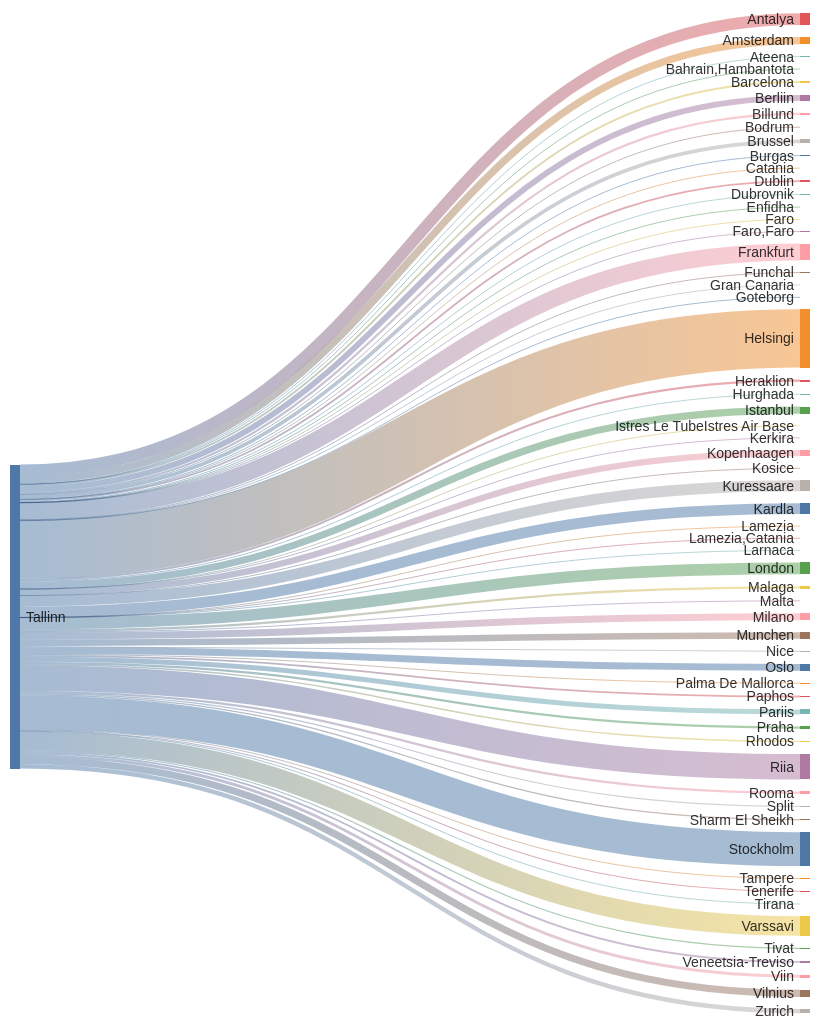
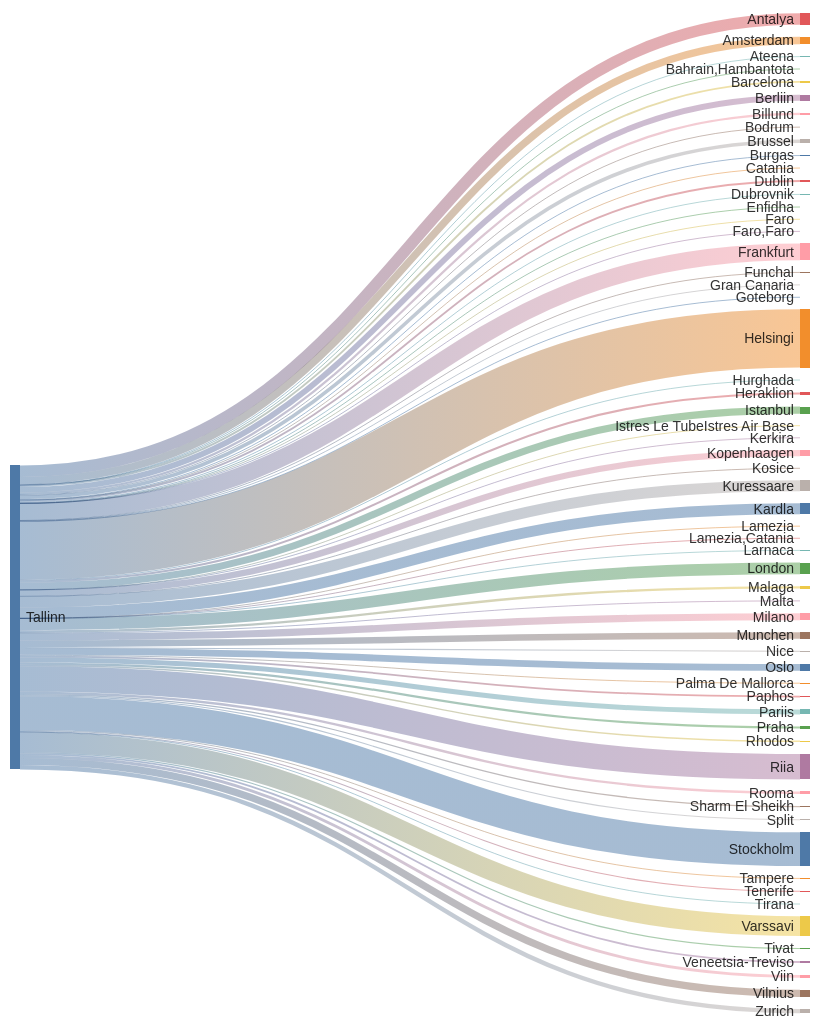
One commit to rainermesi/tll-airport-departures changed the second of 2 diagrams in README.md. Above: the diagram before and after it, drawn with Mermaid. The commit also changed other lines of this file, not shown here.

````diff
--- a/README.md
+++ b/README.md
@@ -34,72 +34,72 @@
 ```mermaid
 ---
 config:
   sankey:
     showValues: false
     width: 800
     height: 1000
 ---
 sankey-beta
 %% source,target,value
-Tallinn,Amsterdam,162
+Tallinn,Amsterdam,163
 Tallinn,Antalya,254
 Tallinn,Ateena,16
 Tallinn,"Bahrain,Hambantota",1
 Tallinn,Barcelona,41
 Tallinn,Berliin,128
 Tallinn,Billund,49
 Tallinn,Bodrum,11
-Tallinn,Brussel,80
+Tallinn,Brussel,81
 Tallinn,Burgas,21
 Tallinn,Catania,2
 Tallinn,Dublin,40
 Tallinn,Dubrovnik,21
 Tallinn,Enfidha,7
 Tallinn,Faro,4
 Tallinn,"Faro,Faro",1
-Tallinn,Frankfurt,371
+Tallinn,Frankfurt,373
 Tallinn,Funchal,5
-Tallinn,Gran Canaria,15
+Tallinn,Gran Canaria,16
 Tallinn,Goteborg,1
-Tallinn,Helsingi,1277
+Tallinn,Helsingi,1286
 Tallinn,Heraklion,46
 Tallinn,Hurghada,21
-Tallinn,Istanbul,155
+Tallinn,Istanbul,156
 Tallinn,Istres Le TubeIstres Air Base,2
 Tallinn,Kerkira,4
-Tallinn,Kopenhaagen,139
+Tallinn,Kopenhaagen,140
 Tallinn,Kosice,1
-Tallinn,Kuressaare,239
-Tallinn,Kardla,239
+Tallinn,Kuressaare,241
+Tallinn,Kardla,241
 Tallinn,Lamezia,1
 Tallinn,"Lamezia,Catania",3
 Tallinn,Larnaca,4
-Tallinn,London,256
+Tallinn,London,258
 Tallinn,Malaga,52
 Tallinn,Malta,15
-Tallinn,Milano,155
-Tallinn,Munchen,143
+Tallinn,Milano,156
+Tallinn,Munchen,144
 Tallinn,Nice,25
-Tallinn,Oslo,150
+Tallinn,Oslo,151
 Tallinn,Palma De Mallorca,19
 Tallinn,Paphos,39
 Tallinn,Pariis,110
 Tallinn,Praha,49
 Tallinn,Rhodos,32
-Tallinn,Riia,557
-Tallinn,Rooma,52
-Tallinn,Sharm El Sheikh,27
+Tallinn,Riia,561
+Tallinn,Rooma,53
+Tallinn,Sharm El Sheikh,28
 Tallinn,Split,25
-Tallinn,Stockholm,742
+Tallinn,Stockholm,745
 Tallinn,Tampere,17
-Tallinn,Tenerife,22
+Tallinn,Tenerife,23
 Tallinn,Tirana,8
 Tallinn,Tivat,26
-Tallinn,Varssavi,432
+Tallinn,Varssavi,435
 Tallinn,Veneetsia-Treviso,40
-Tallinn,Viin,63
-Tallinn,Vilnius,157
+Tallinn,Viin,64
+Tallinn,Vilnius,158
 Tallinn,Zurich,97
 
 
 ```
````
